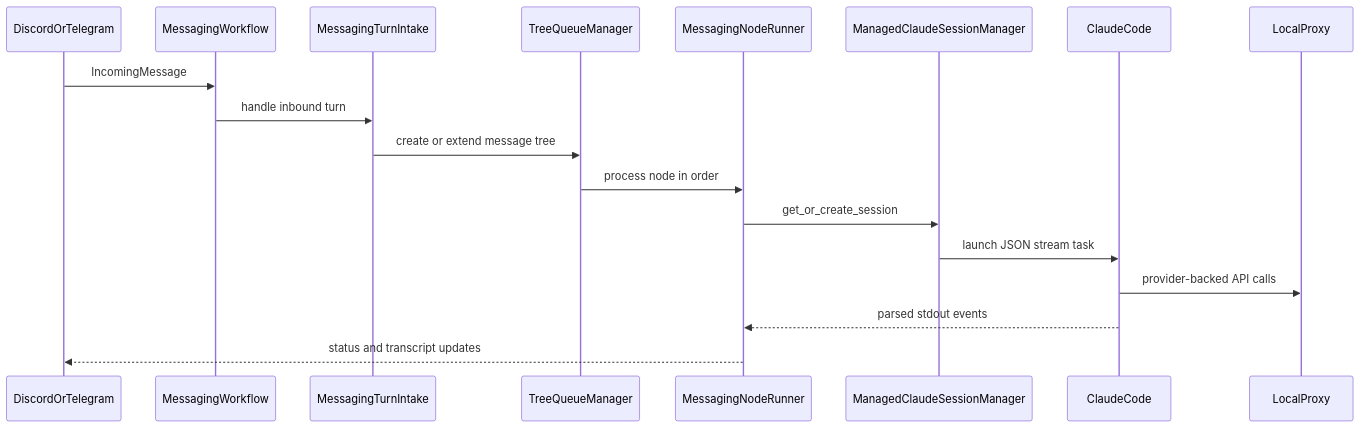
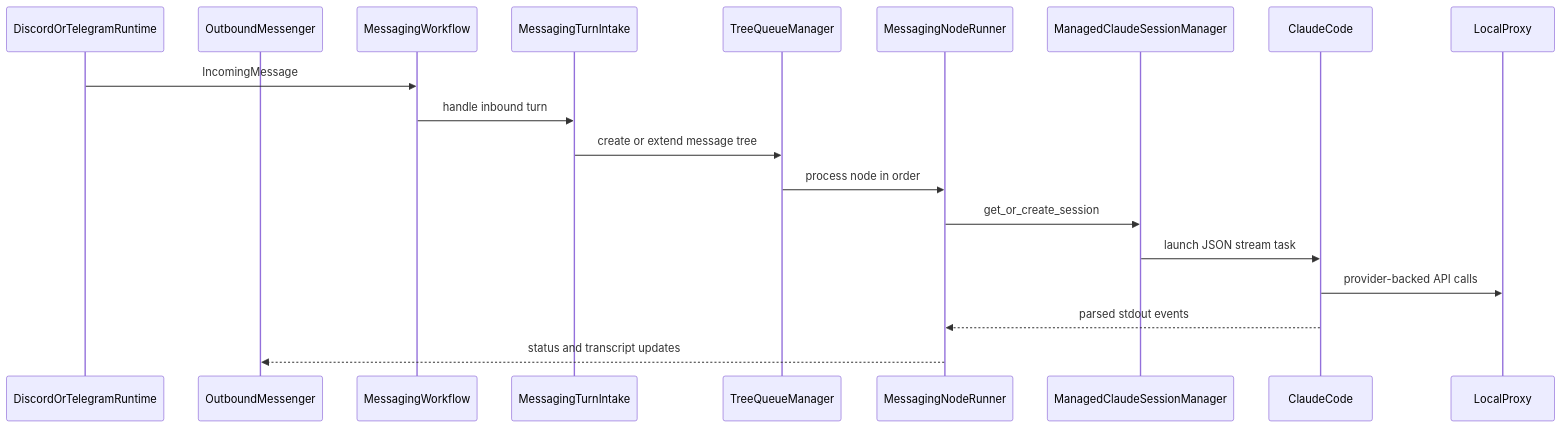
One commit to shinmentakezo07/shin07 changed the third of 3 diagrams in ARCHITECTURE.md. Above: the diagram before and after it, drawn with Mermaid. The commit also changed other lines of this file and 39 other files, not shown here.

````diff
--- a/ARCHITECTURE.md
+++ b/ARCHITECTURE.md
@@ -535,21 +549,22 @@
 ```mermaid
 sequenceDiagram
-    participant Platform as DiscordOrTelegram
+    participant Runtime as DiscordOrTelegramRuntime
+    participant Outbound as OutboundMessenger
     participant Workflow as MessagingWorkflow
     participant Intake as MessagingTurnIntake
     participant Queue as TreeQueueManager
     participant Runner as MessagingNodeRunner
     participant Manager as ManagedClaudeSessionManager
     participant CLI as ClaudeCode
     participant Proxy as LocalProxy
 
-    Platform->>Workflow: IncomingMessage
+    Runtime->>Workflow: IncomingMessage
     Workflow->>Intake: handle inbound turn
     Intake->>Queue: create or extend message tree
     Queue->>Runner: process node in order
     Runner->>Manager: get_or_create_session
     Manager->>CLI: launch JSON stream task
     CLI->>Proxy: provider-backed API calls
     CLI-->>Runner: parsed stdout events
-    Runner-->>Platform: status and transcript updates
+    Runner-->>Outbound: status and transcript updates
 ```
````
